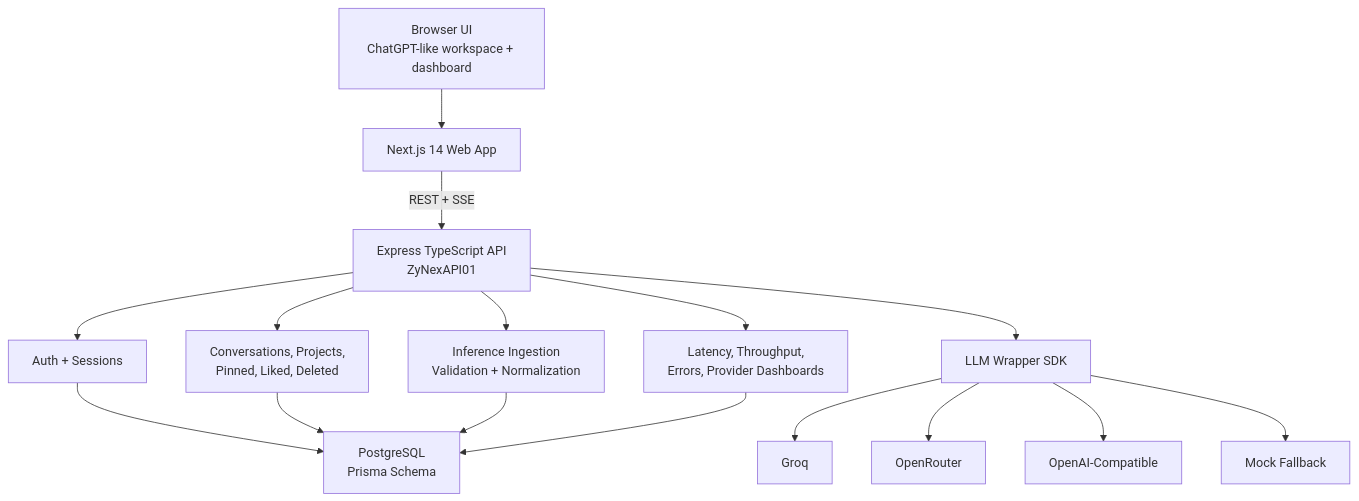
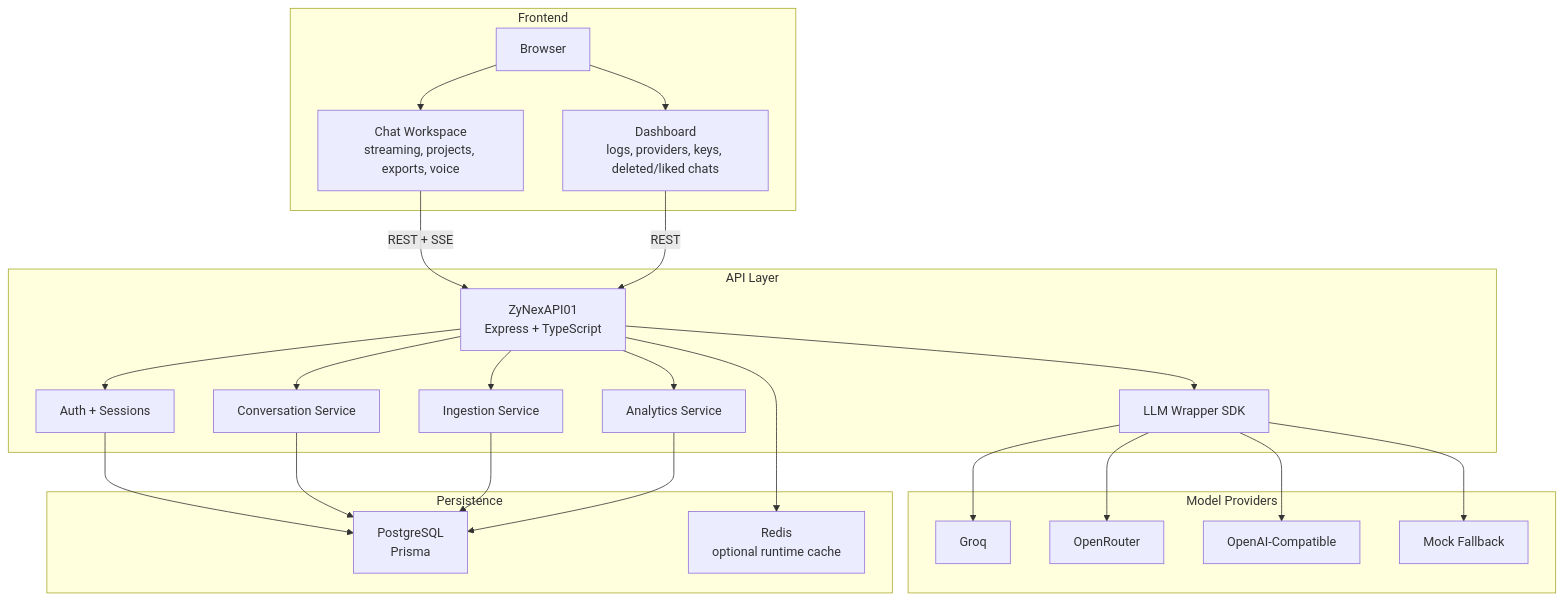
Before and after one commit to Zyfrr/Zynex: the first of 4 diagrams in docs/ARCHITECTURE.md, drawn with Mermaid. The commit also changed other lines of this file and 1 other file, not shown here.

Commit message:
Unify README and architecture documentation

````diff
--- a/docs/ARCHITECTURE.md
+++ b/docs/ARCHITECTURE.md
@@ -5,18 +7,48 @@
 ```mermaid
 flowchart TB
-  Browser["Browser UI\nChatGPT-like workspace + dashboard"] --> Web["Next.js 14 Web App"]
-  Web -->|REST + SSE| API["Express TypeScript API\nZyNexAPI01"]
-  API --> Auth["Auth + Sessions"]
-  API --> Conversations["Conversations, Projects,\nPinned, Liked, Deleted"]
-  API --> Ingestion["Inference Ingestion\nValidation + Normalization"]
-  API --> Wrapper["LLM Wrapper SDK"]
-  Wrapper --> ProviderA["Groq"]
-  Wrapper --> ProviderB["OpenRouter"]
-  Wrapper --> ProviderC["OpenAI-Compatible"]
-  Wrapper --> ProviderD["Mock Fallback"]
-  Auth --> Postgres["PostgreSQL\nPrisma Schema"]
-  Conversations --> Postgres
+  subgraph Client["Frontend"]
+    Browser["Browser"]
+    Workspace["Chat Workspace\nstreaming, projects, exports, voice"]
+    Dashboard["Dashboard\nlogs, providers, keys, deleted/liked chats"]
+    Browser --> Workspace
+    Browser --> Dashboard
+  end
+
+  subgraph ApiLayer["API Layer"]
+    API["ZyNexAPI01\nExpress + TypeScript"]
+    Auth["Auth + Sessions"]
+    Chat["Conversation Service"]
+    SDK["LLM Wrapper SDK"]
+    Ingestion["Ingestion Service"]
+    Analytics["Analytics Service"]
+  end
+
+  subgraph Providers["Model Providers"]
+    Groq["Groq"]
+    OpenRouter["OpenRouter"]
+    OpenAICompat["OpenAI-Compatible"]
+    Mock["Mock Fallback"]
+  end
+
+  subgraph Persistence["Persistence"]
+    Postgres["PostgreSQL\nPrisma"]
+    Redis["Redis\noptional runtime cache"]
+  end
+
+  Workspace -->|REST + SSE| API
+  Dashboard -->|REST| API
+  API --> Auth
+  API --> Chat
+  API --> SDK
+  API --> Ingestion
+  API --> Analytics
+  SDK --> Groq
+  SDK --> OpenRouter
+  SDK --> OpenAICompat
+  SDK --> Mock
+  Auth --> Postgres
+  Chat --> Postgres
   Ingestion --> Postgres
-  API --> Analytics["Latency, Throughput,\nErrors, Provider Dashboards"]
   Analytics --> Postgres
+  API --> Redis
 ```
````
